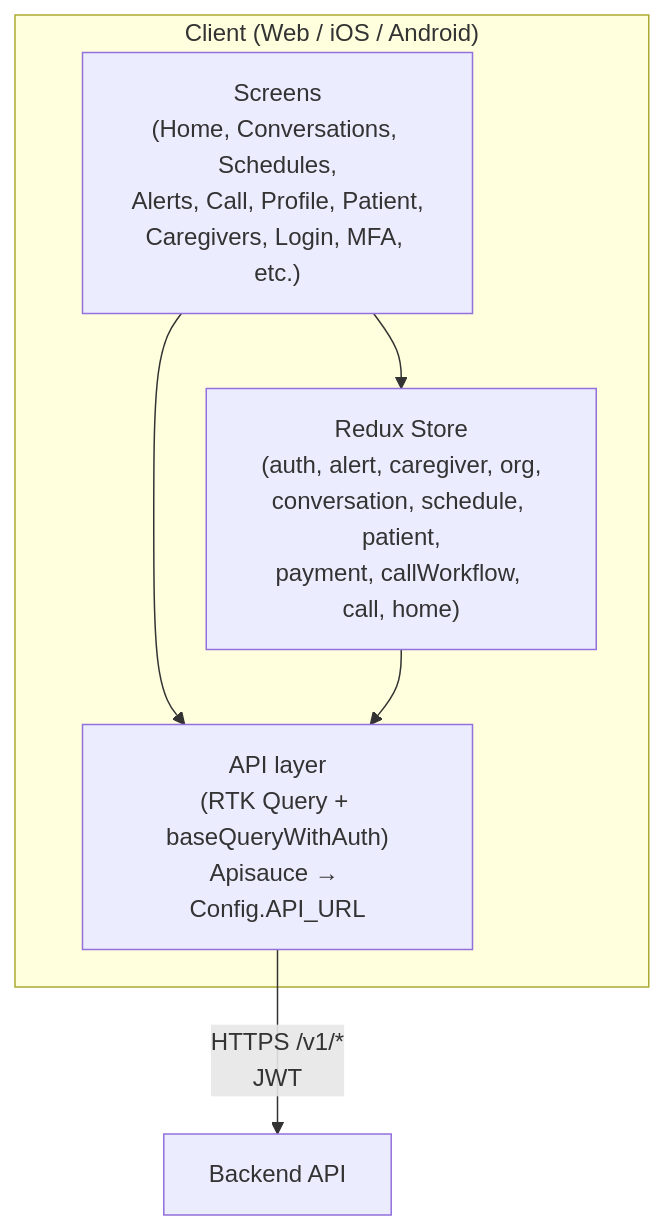
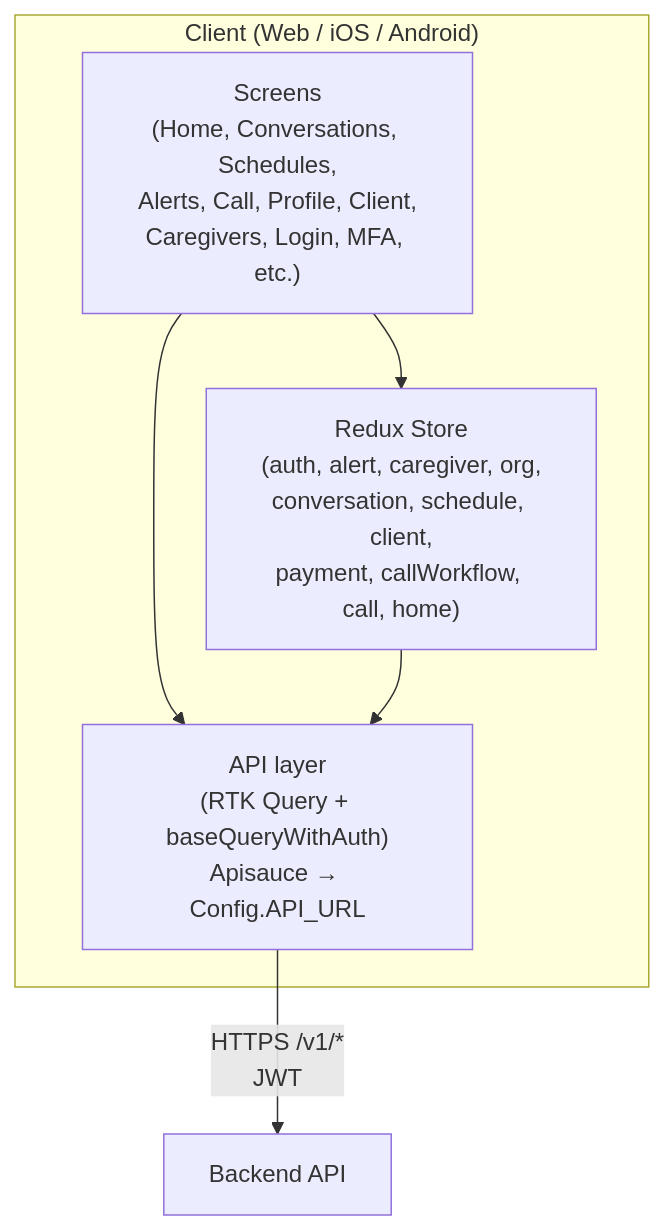
Before and after one commit to slampenny/bianca-app: the third of 6 diagrams in docs/ARCHITECTURE.md, drawn with Mermaid. The commit also changed other lines of this file and 315 other files, not shown here.

````diff
--- a/docs/ARCHITECTURE.md
+++ b/docs/ARCHITECTURE.md
@@ -69,13 +69,13 @@
 ```mermaid
 flowchart TB
   subgraph client["Client (Web / iOS / Android)"]
-    Screens["Screens\n(Home, Conversations, Schedules,\nAlerts, Call, Profile, Patient,\nCaregivers, Login, MFA, etc.)"]
-    Store["Redux Store\n(auth, alert, caregiver, org,\nconversation, schedule, patient,\npayment, callWorkflow, call, home)"]
+    Screens["Screens\n(Home, Conversations, Schedules,\nAlerts, Call, Profile, Client,\nCaregivers, Login, MFA, etc.)"]
+    Store["Redux Store\n(auth, alert, caregiver, org,\nconversation, schedule, client,\npayment, callWorkflow, call, home)"]
     API["API layer\n(RTK Query + baseQueryWithAuth)\nApisauce → Config.API_URL"]
   end
 
   Screens --> Store
   Screens --> API
   Store --> API
   API -->|"HTTPS /v1/*\nJWT"| Backend["Backend API"]
 ```
````
